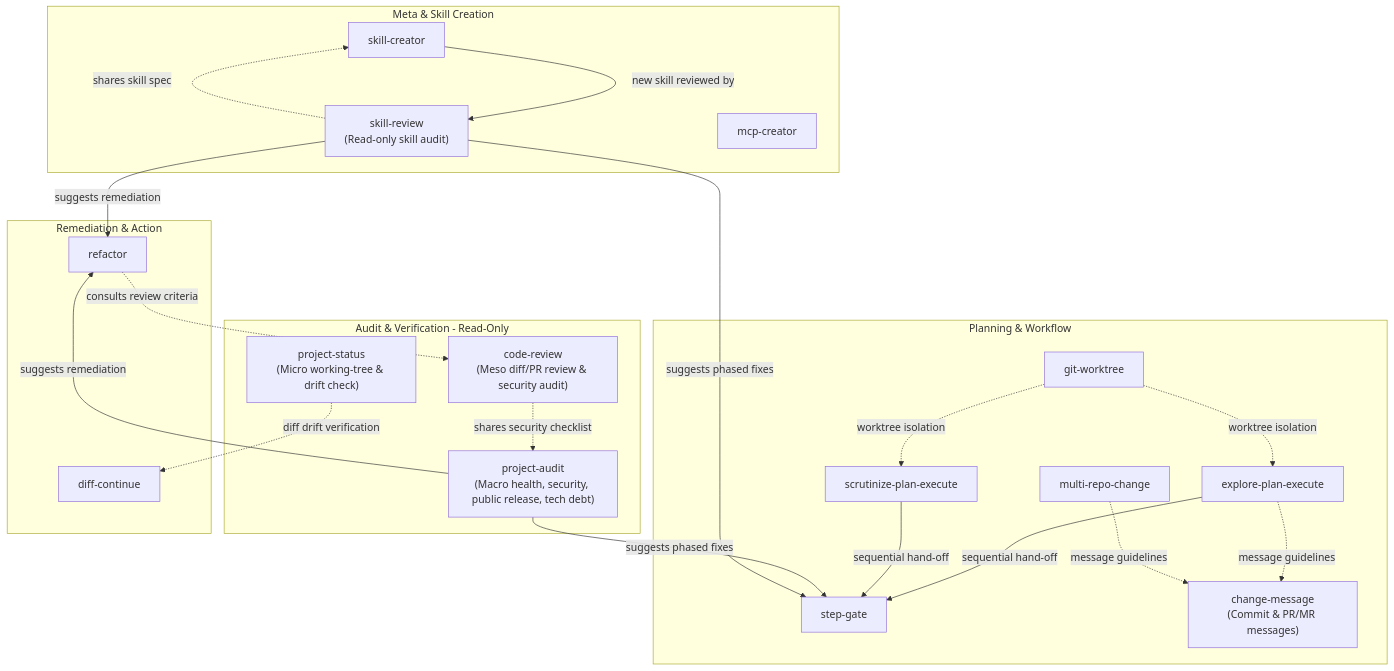
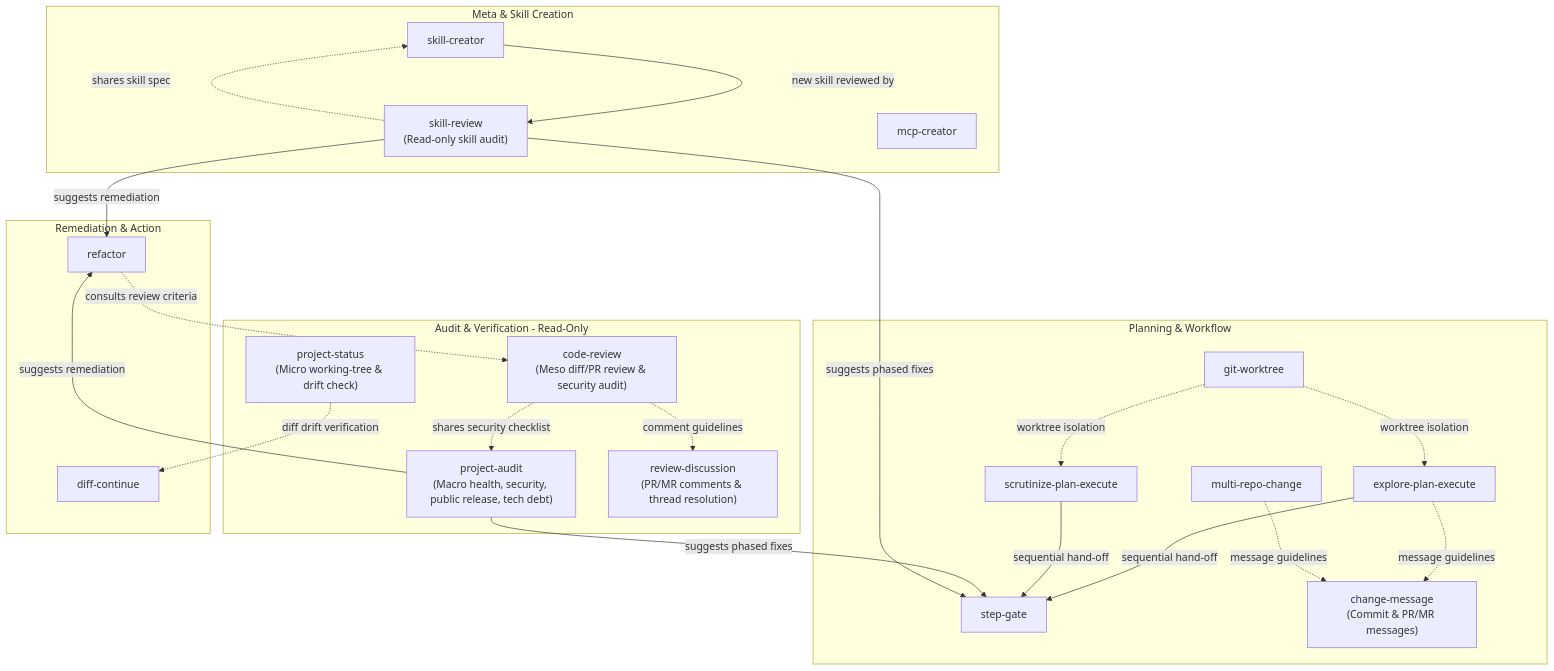
The diagram in AGENTS.md (berquerant/agent-skills), drawn with Mermaid before and after one commit. The commit also changed 5 other files, not shown here.

First line of the commit message:
feat(review-discussion): add PR/MR review comment and discussion skill

````diff
--- a/AGENTS.md
+++ b/AGENTS.md
@@ -48,49 +48,51 @@
 ```mermaid
 flowchart TD
     subgraph Meta ["Meta & Skill Creation"]
         SC[skill-creator]
         SR["skill-review<br/>(Read-only skill audit)"]
         MC[mcp-creator]
     end
 
     subgraph Planning ["Planning & Workflow"]
         EPE[explore-plan-execute]
         SPE[scrutinize-plan-execute]
         SG[step-gate]
         GW[git-worktree]
         MRC[multi-repo-change]
         CM["change-message<br/>(Commit & PR/MR messages)"]
     end
 
     subgraph Audit ["Audit & Verification - Read-Only"]
         PA["project-audit<br/>(Macro health, security, public release, tech debt)"]
         PS["project-status<br/>(Micro working-tree & drift check)"]
         CR["code-review<br/>(Meso diff/PR review & security audit)"]
+        RD["review-discussion<br/>(PR/MR comments & thread resolution)"]
     end
 
     subgraph Remediation ["Remediation & Action"]
         RF[refactor]
         DC[diff-continue]
     end
 
     %% Workflows & Hand-offs
     EPE -->|sequential hand-off| SG
     SPE -->|sequential hand-off| SG
     GW -.->|worktree isolation| EPE
     GW -.->|worktree isolation| SPE
     EPE -.->|message guidelines| CM
     MRC -.->|message guidelines| CM
+    CR -.->|comment guidelines| RD
 
     PA -->|suggests remediation| RF
     PA -->|suggests phased fixes| SG
 
     CR -.->|shares security checklist| PA
     RF -.->|consults review criteria| CR
 
     PS -.->|diff drift verification| DC
 
     SC -->|new skill reviewed by| SR
     SR -.->|shares skill spec| SC
     SR -->|suggests phased fixes| SG
     SR -->|suggests remediation| RF
 ```
````
